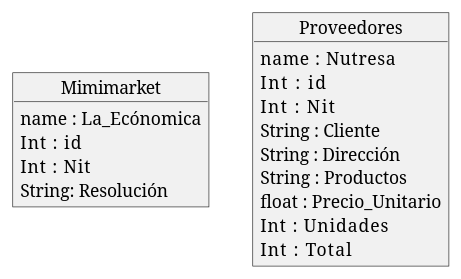
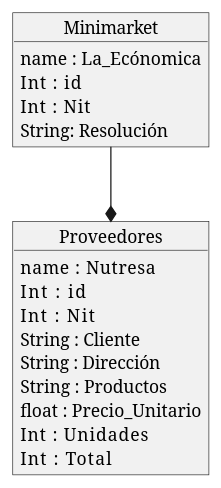
One commit to JerssonF/DIAGRAMA changed the diagram in DIAGRAMA/Diagrama.wsd. Above: the diagram before and after it, drawn with PlantUML.

```diff
--- a/DIAGRAMA/Diagrama.wsd
+++ b/DIAGRAMA/Diagrama.wsd
@@ -1,24 +1,24 @@
 @startuml
 
-object Mimimarket
-Mimimarket : name  : La_Ecónomica
-Mimimarket : Int   : id
-Mimimarket : Int   : Nit
-Mimimarket : String: Resolución 
+object Minimarket
+Minimarket : name  : La_Ecónomica
+Minimarket : Int   : id
+Minimarket : Int   : Nit
+Minimarket : String: Resolución 
 
 
 
 object Proveedores
 Proveedores : name   : Nutresa
 Proveedores : Int    : id
 Proveedores : Int    : Nit
 Proveedores : String : Cliente
 Proveedores : String : Dirección
 Proveedores : String : Productos
 Proveedores : float  : Precio_Unitario
 Proveedores : Int    : Unidades
 Proveedores : Int    : Total
 
-
+Minimarket--* Proveedores
 
 @enduml
```
